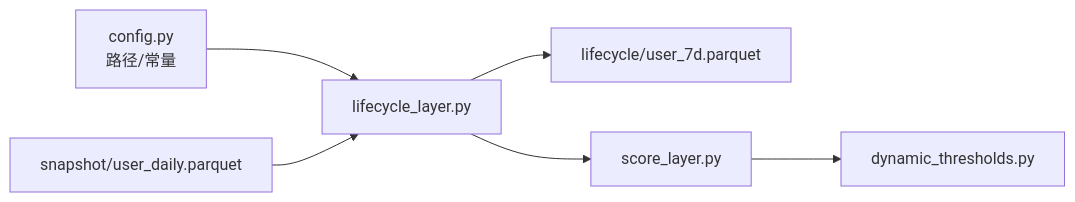
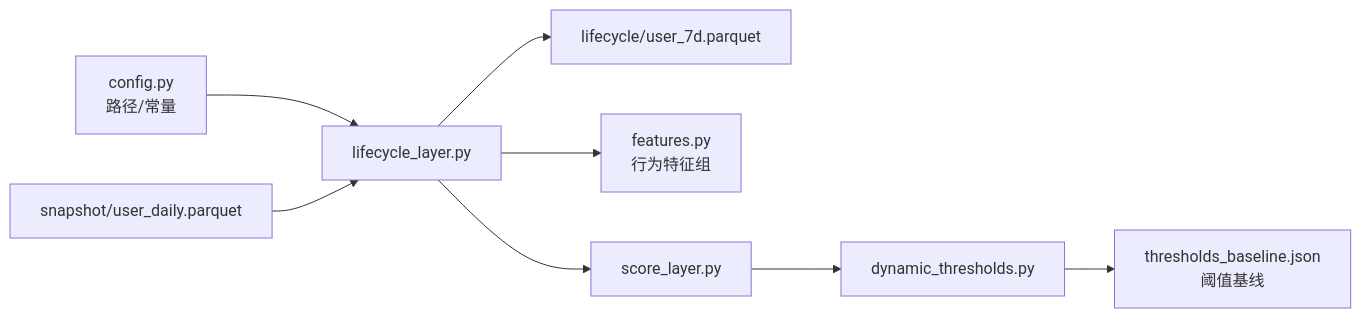
One commit to cr71111/User_characteristics_repo changed the fourth of 4 diagrams in .qoder/repowiki/zh/content/系统架构设计/数据流水线架构/L3生命周期层.md. Above: the diagram before and after it, drawn with Mermaid. The commit also changed other lines of this file and 158 other files, not shown here.

````diff
--- a/.qoder/repowiki/zh/content/系统架构设计/数据流水线架构/L3生命周期层.md
+++ b/.qoder/repowiki/zh/content/系统架构设计/数据流水线架构/L3生命周期层.md
@@ -234,8 +313,10 @@
 ```mermaid
 graph LR
 CFG["config.py<br/>路径/常量"] --> LC["lifecycle_layer.py"]
 SNAP["snapshot/user_daily.parquet"] --> LC
 LC --> OUT["lifecycle/user_7d.parquet"]
+LC --> BEHAVIOR["features.py<br/>行为特征组"]
 LC --> SCORE["score_layer.py"]
 SCORE --> DT["dynamic_thresholds.py"]
+DT --> BASELINE["thresholds_baseline.json<br/>阈值基线"]
 ```
````
